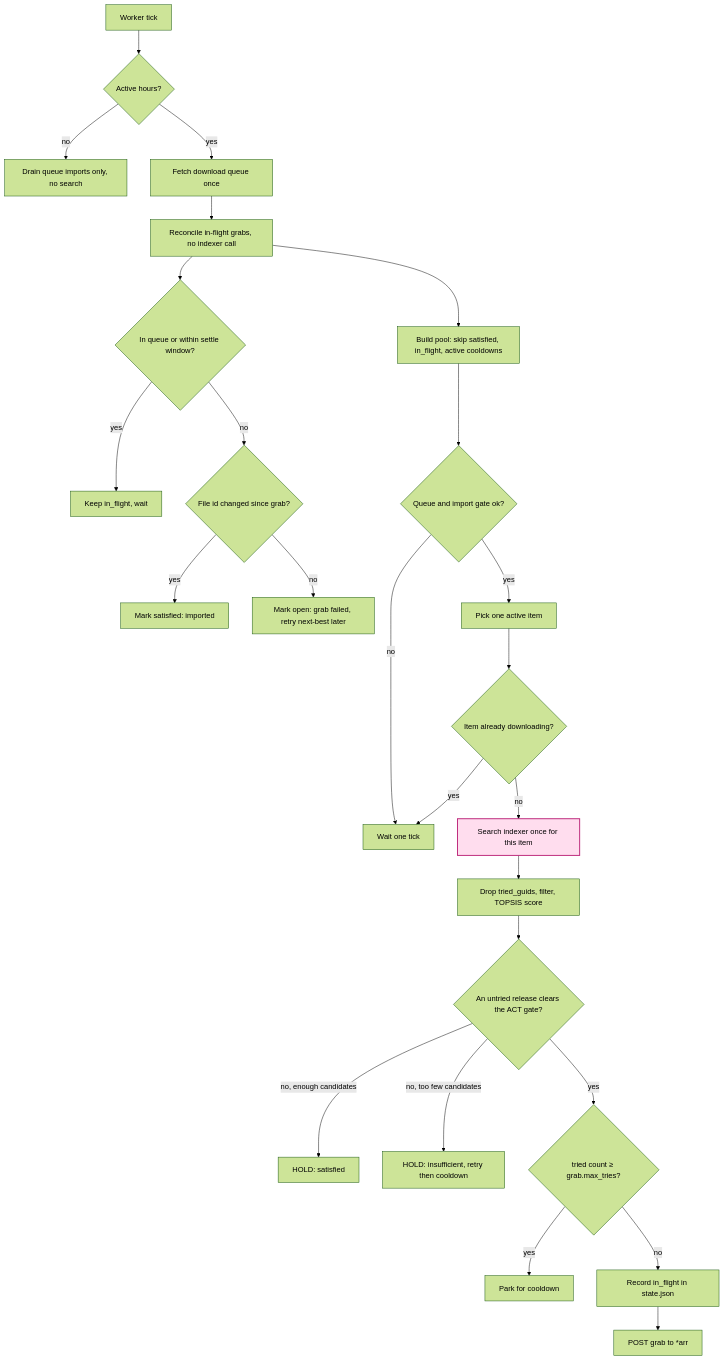
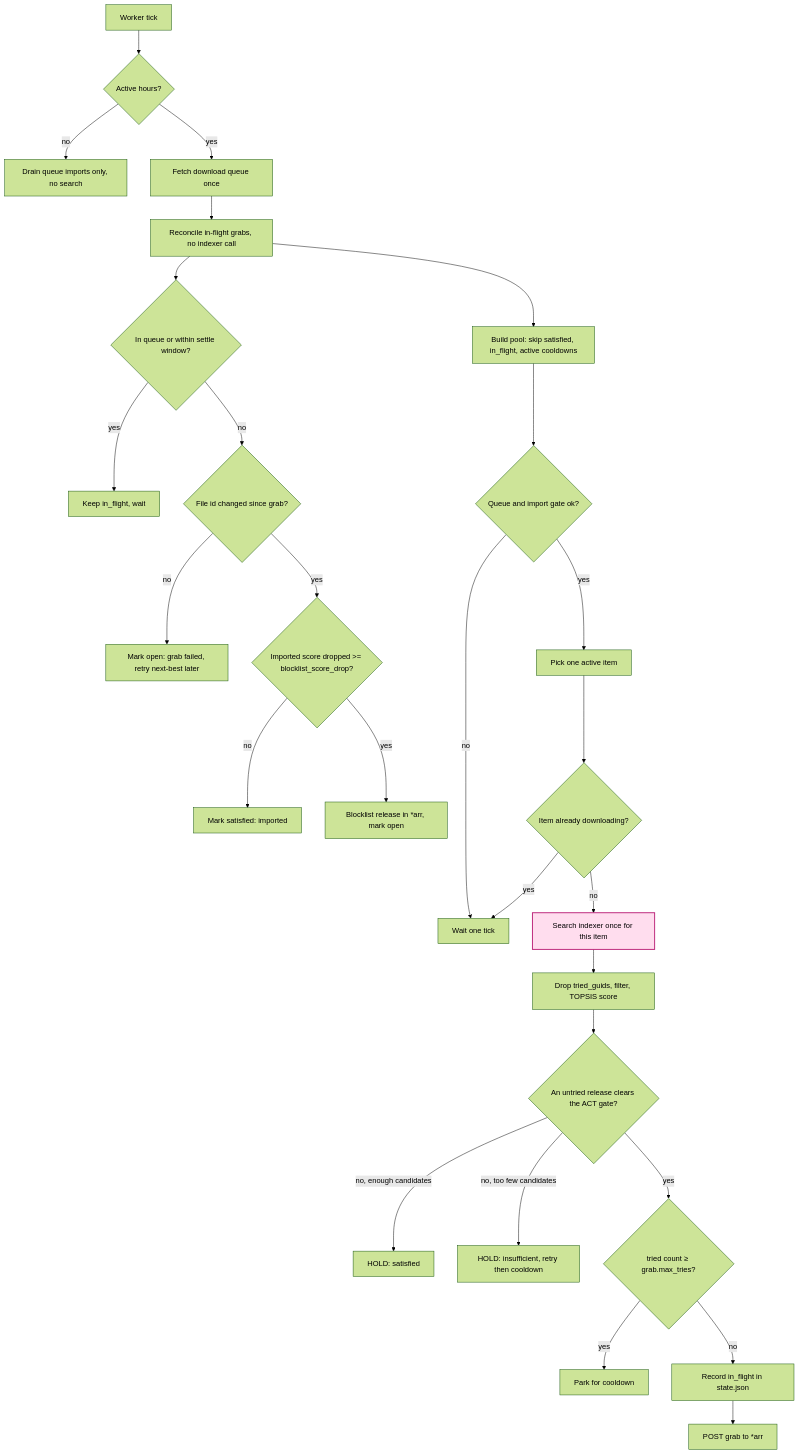
The first of 2 diagrams in ALGORITHM.md (patrix87/optimizarr), drawn with Mermaid (forest theme) before and after one commit. The commit also changed other lines of this file and 12 other files, not shown here.

````diff
--- a/ALGORITHM.md
+++ b/ALGORITHM.md
@@ -181,27 +182,29 @@
 ```mermaid
 flowchart TD
     T[Worker tick] --> AH{Active hours?}
     AH -- no --> DR[Drain queue imports only, no search]
     AH -- yes --> Q[Fetch download queue once]
     Q --> RC[Reconcile in-flight grabs, no indexer call]
     RC --> RCq{In queue or within settle window?}
     RCq -- yes --> RCk[Keep in_flight, wait]
     RCq -- no --> RCf{File id changed since grab?}
-    RCf -- yes --> RCsat[Mark satisfied: imported]
     RCf -- no --> RCopen[Mark open: grab failed, retry next-best later]
+    RCf -- yes --> RCdrop{Imported score dropped >= blocklist_score_drop?}
+    RCdrop -- no --> RCsat[Mark satisfied: imported]
+    RCdrop -- yes --> RCbl[Blocklist release in *arr, mark open]
     RC --> POOL[Build pool: skip satisfied, in_flight, active cooldowns]
     POOL --> GATE{Queue and import gate ok?}
     GATE -- no --> WAIT[Wait one tick]
     GATE -- yes --> PICK[Pick one active item]
     PICK --> INQ{Item already downloading?}
     INQ -- yes --> WAIT
     INQ -- no --> SRCH[Search indexer once for this item]:::io
     SRCH --> DEC[Drop tried_guids, filter, TOPSIS score]
     DEC --> ACTQ{An untried release clears the ACT gate?}
     ACTQ -- no, enough candidates --> SAT[HOLD: satisfied]
     ACTQ -- no, too few candidates --> INS[HOLD: insufficient, retry then cooldown]
     ACTQ -- yes --> CAP{tried count ≥ grab.max_tries?}
     CAP -- yes --> PARK[Park for cooldown]
     CAP -- no --> REC[Record in_flight in state.json] --> GRAB[POST grab to *arr]
     classDef io fill:#fde,stroke:#b27,stroke-width:2px;
 ```
````
